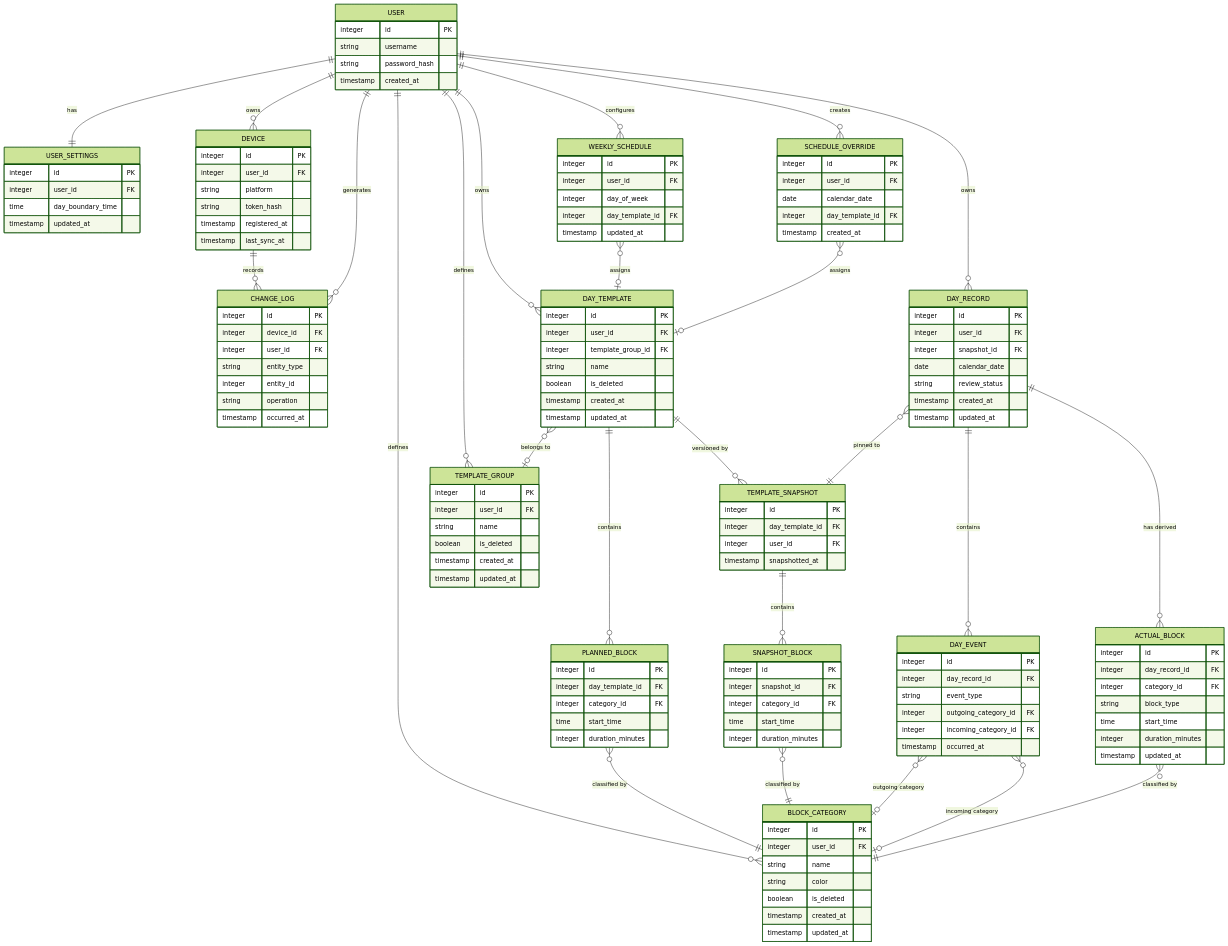
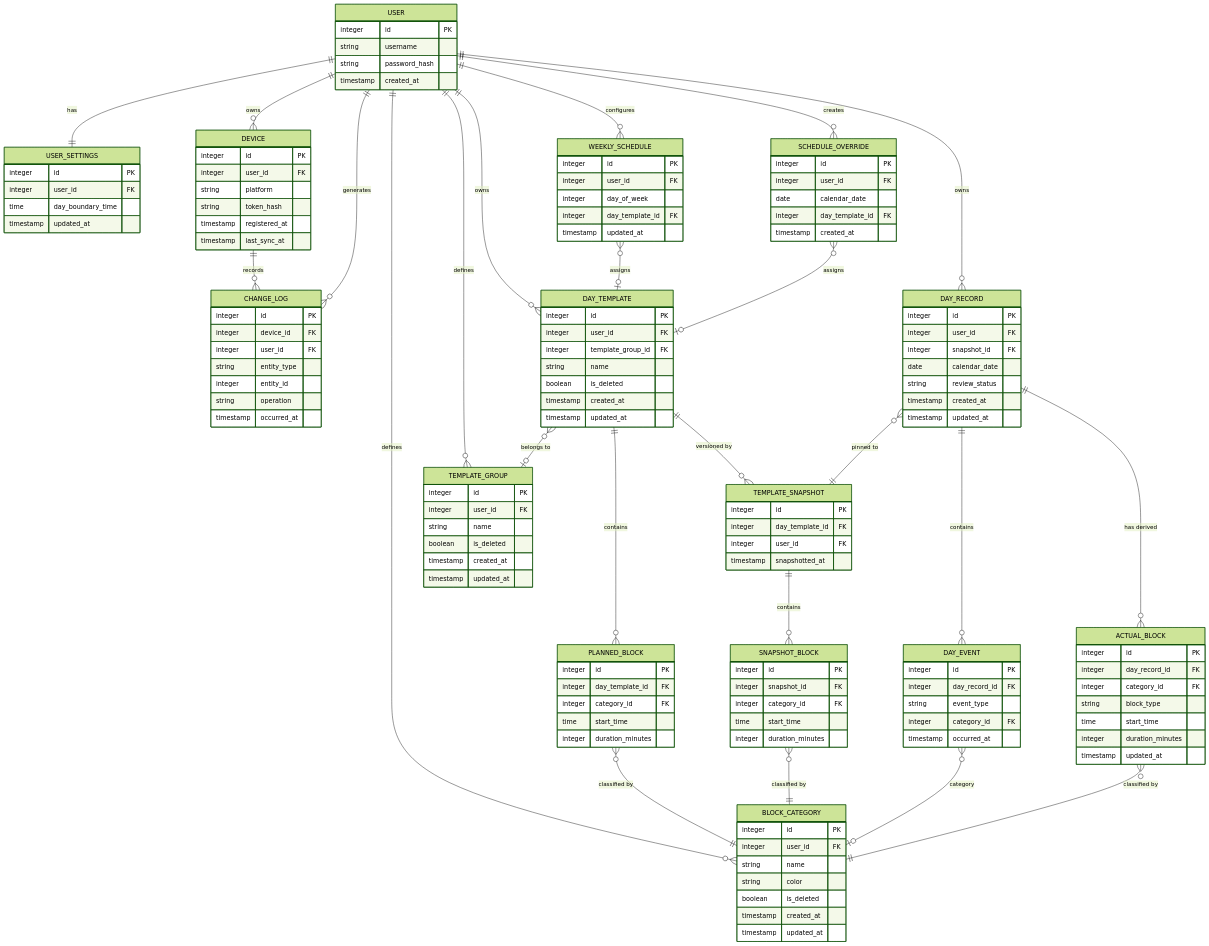
Before and after one commit to sem0ark/todo-planner: the diagram in docs/API and DB.md, drawn with Mermaid (forest theme). The commit also changed other lines of this file and 12 other files, not shown here.

Commit message:
refactor: remove incoming and outgoing category id separation

````diff
--- a/docs/API and DB.md
+++ b/docs/API and DB.md
@@ -174,8 +174,7 @@
         integer id PK
         integer day_record_id FK
         string event_type
-        integer outgoing_category_id FK
-        integer incoming_category_id FK
+        integer category_id FK
         timestamp occurred_at
     }
 
@@ -215,8 +214,7 @@
     USER ||--o{ DAY_RECORD : "owns"
     DAY_RECORD }o--|| TEMPLATE_SNAPSHOT : "pinned to"
     DAY_RECORD ||--o{ DAY_EVENT : "contains"
-    DAY_EVENT }o--o| BLOCK_CATEGORY : "outgoing category"
-    DAY_EVENT }o--o| BLOCK_CATEGORY : "incoming category"
+    DAY_EVENT }o--o| BLOCK_CATEGORY : "category"
     DAY_RECORD ||--o{ ACTUAL_BLOCK : "has derived"
     ACTUAL_BLOCK }o--|| BLOCK_CATEGORY : "classified by"
 ```
````
